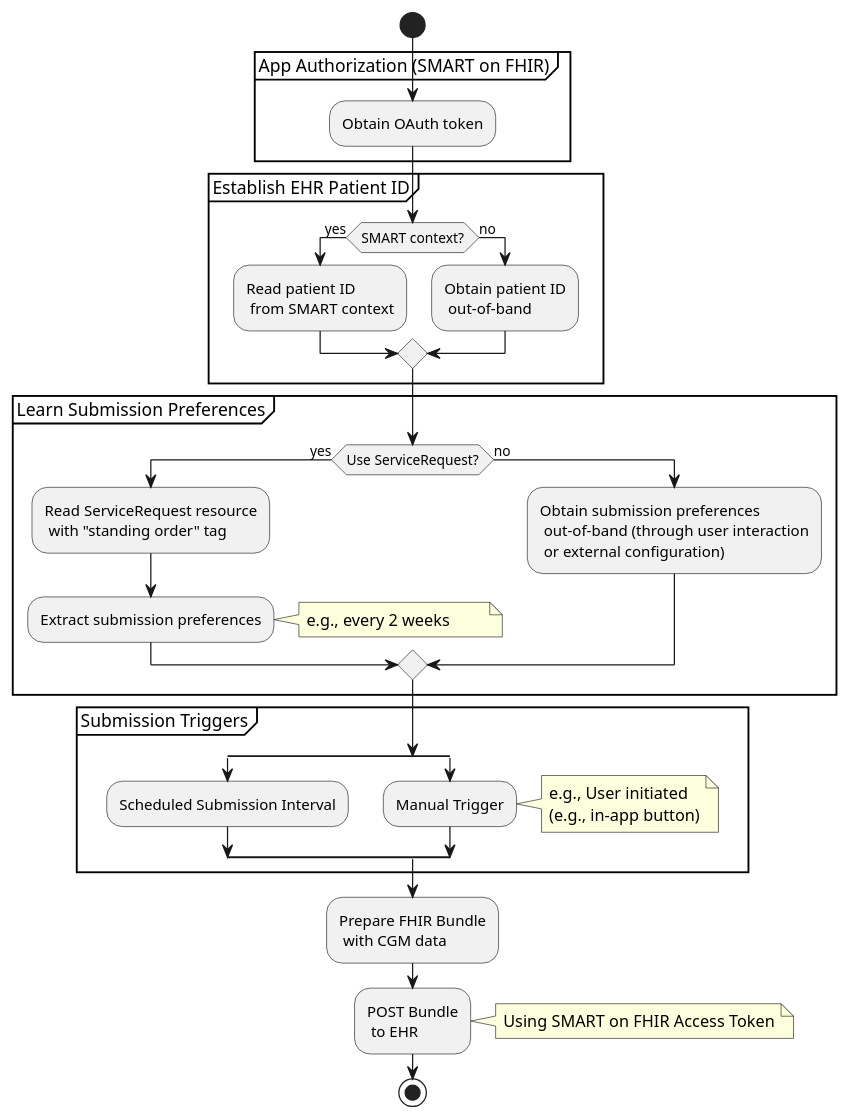
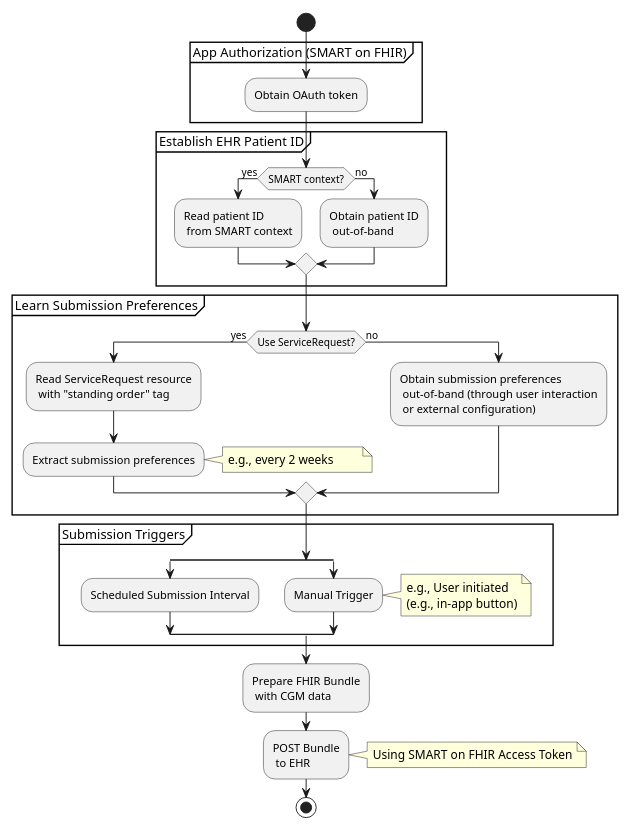
The diagram in input/images-source/flow.plantuml (argonautproject/cgm), drawn with PlantUML before and after one commit.

Commit message:
Fix plant scale

```diff
--- a/input/images-source/flow.plantuml
+++ b/input/images-source/flow.plantuml
@@ -1,57 +1,59 @@
 @startuml
 
 start
+scale 500 width
+
 
 partition "App Authorization (SMART on FHIR)" {
     :Obtain OAuth token;
 }
 
 partition "Establish EHR Patient ID" {
     if (SMART context?) then (yes)
         :Read patient ID
          from SMART context;
     else (no)
         :Obtain patient ID
          out-of-band;
     endif
 }
 
 partition "Learn Submission Preferences" {
     if (Use ServiceRequest?) then (yes)
         :Read ServiceRequest resource
          with "standing order" tag;
         :Extract submission preferences;
         note right
             e.g., every 2 weeks        
         end note
     else (no)
         :Obtain submission preferences
          out-of-band (through user interaction
          or external configuration);
     endif
 }
 
 partition "Submission Triggers" {
     split
         :Scheduled Submission Interval;
     split again
         :Manual Trigger;
         note right
             e.g., User initiated
             (e.g., in-app button)
         end note
     end split
 }
 
 :Prepare FHIR Bundle
  with CGM data;
  
 :POST Bundle
  to EHR;
 note right 
     Using SMART on FHIR Access Token
 end note
 
 stop
 
 @enduml
```
